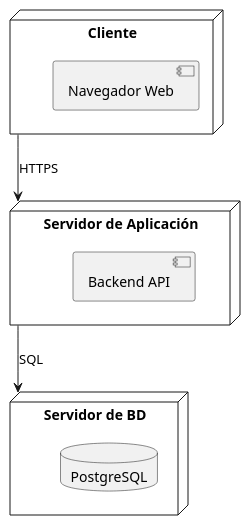
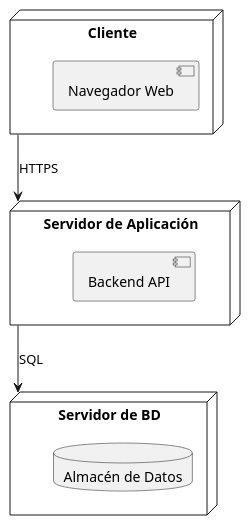
Before and after one commit to jcg-admin/IACT-docs: the diagram in source/base-cognitiva/_uml/uml-01-introduccion/diagrama-de-distribucion.rst, drawn with PlantUML. The commit also changed 2 other files, not shown here.

Commit message:
Apply STD-010 vocab to _uml pedagogical examples (WP-G 3/4)
Replace tech names with abstract vocabulary in distribution diagram
examples and Kruchten concerns/principles/decisions chapter.

Transformations:
- "Apache + Django" -> "Servidor de Aplicacion"
- database "MySQL" / "PostgreSQL" -> database "Almacen de Datos"
- "stack PostgreSQL + Node.js" -> "stack del Almacen de Datos y del
  Servicio de Aplicacion"
- "PostgreSQL para audit_log... Node.js para API" -> "el Almacen de
  Datos... el Servicio de Aplicacion"
- "audit_log en PostgreSQL" -> "audit_log en el Almacen de Datos"

Stripe API preserved as §2.4 external system.

Refs: WP-G STD-010 cleanup

```diff
--- a/source/base-cognitiva/_uml/uml-01-introduccion/diagrama-de-distribucion.rst
+++ b/source/base-cognitiva/_uml/uml-01-introduccion/diagrama-de-distribucion.rst
@@ -12,16 +12,16 @@
 .. uml::
 
    @startuml
 
    node "Servidor de Aplicación" as App {
      component [Backend API]
    }
    node "Servidor de BD" as BASE_DATOS {
-     database "PostgreSQL"
+     database "Almacén de Datos"
    }
    node "Cliente" as Web {
      component [Navegador Web]
    }
    Web --> App : HTTPS
    App --> BASE_DATOS  : SQL
    @enduml
```
